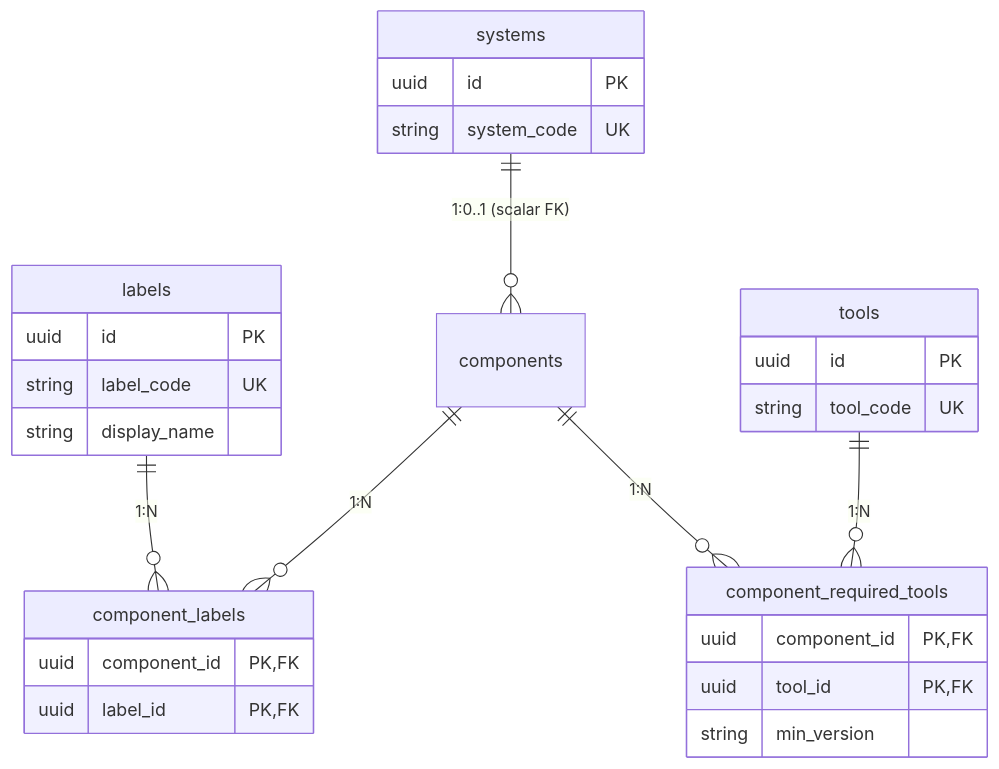
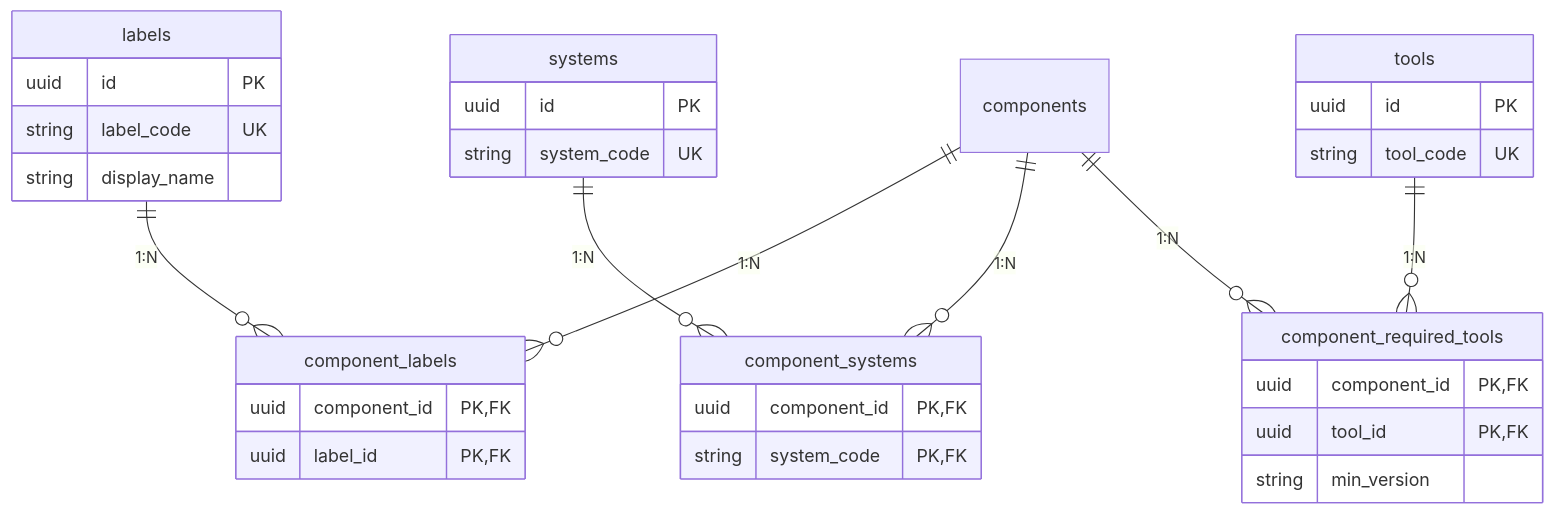
One commit to octopusden/octopus-components-registry-service changed the second of 3 diagrams in docs/registry/diagrams/erd.md. Above: the diagram before and after it, drawn with Mermaid. The commit also changed other lines of this file and 40 other files, not shown here.

First line of the commit message:
fix(v4): restore multi-system membership via component_systems junction (#403)

````diff
--- a/docs/registry/diagrams/erd.md
+++ b/docs/registry/diagrams/erd.md
@@ -94,33 +94,38 @@
 ```mermaid
 erDiagram
     labels ||--o{ component_labels : "1:N"
-    systems ||--o{ components : "1:0..1 (scalar FK)"
+    systems ||--o{ component_systems : "1:N"
     tools ||--o{ component_required_tools : "1:N"
 
     components ||--o{ component_labels : "1:N"
+    components ||--o{ component_systems : "1:N"
     components ||--o{ component_required_tools : "1:N"
 
     labels {
         uuid id PK
         string label_code UK
         string display_name
     }
     systems {
         uuid id PK
         string system_code UK
     }
     tools {
         uuid id PK
         string tool_code UK
     }
 
     component_labels {
         uuid component_id PK,FK
         uuid label_id PK,FK
     }
+    component_systems {
+        uuid component_id PK,FK
+        string system_code PK,FK
+    }
     component_required_tools {
         uuid component_id PK,FK
         uuid tool_id PK,FK
         string min_version
     }
 ```
````
